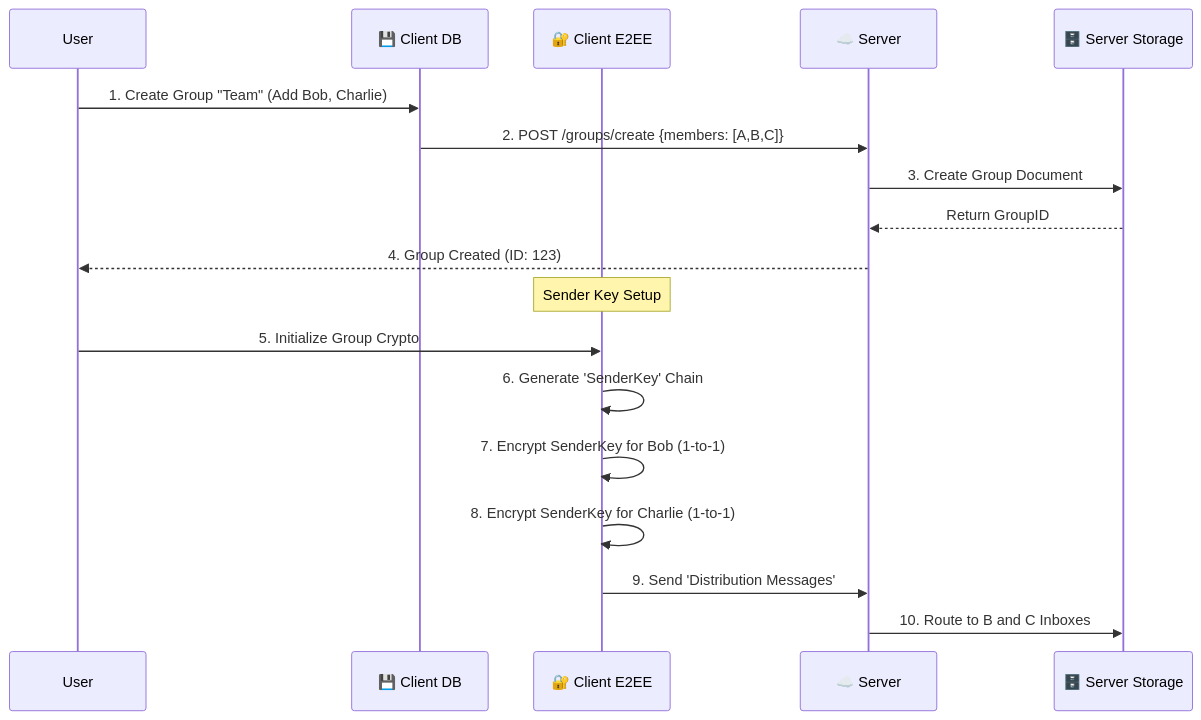
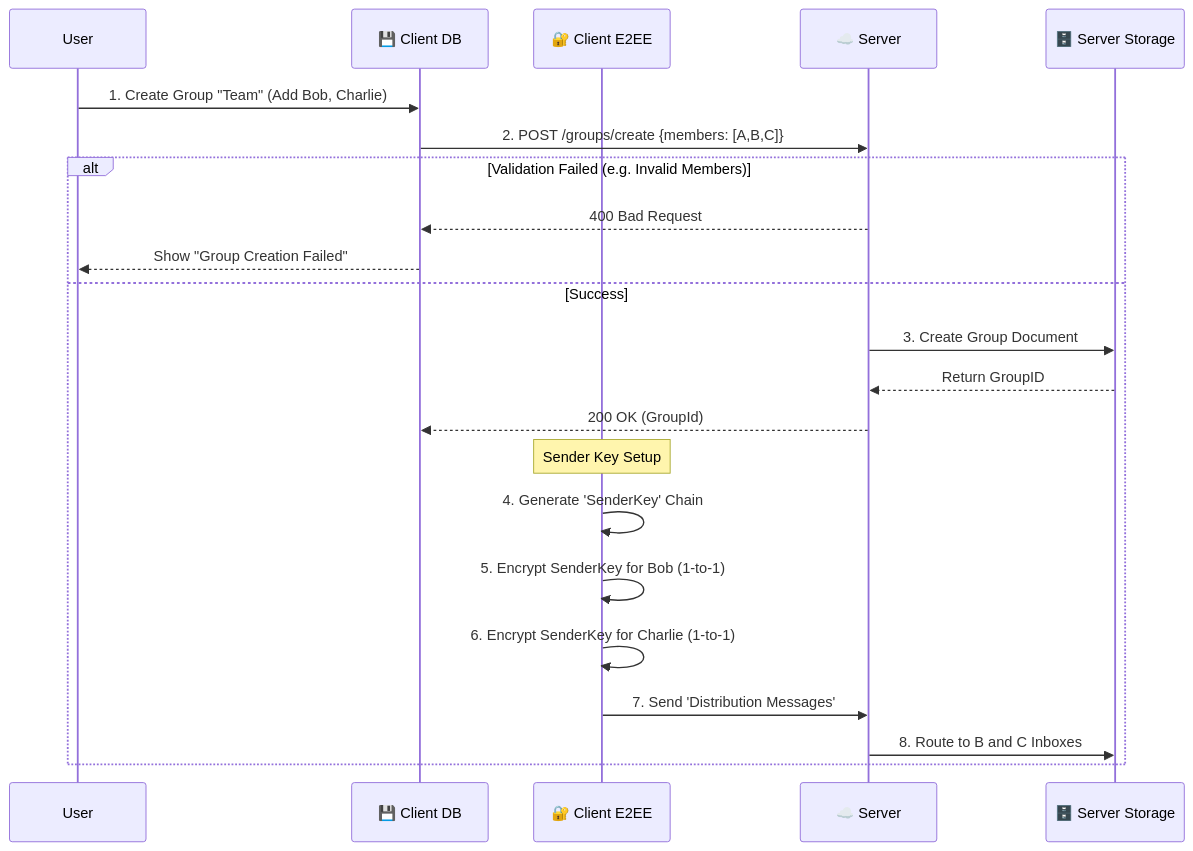
One commit to pingappduniya-oss/Ping-App-Complete-Use-Case-Flows-Technical-Deep-Dive- changed the ninth of 18 diagrams in CompleteUseCaseFlows.md. Above: the diagram before and after it, drawn with Mermaid. The commit also changed other lines of this file, not shown here.

````diff
--- a/CompleteUseCaseFlows.md
+++ b/CompleteUseCaseFlows.md
@@ -209,23 +250,28 @@
 ```mermaid
 sequenceDiagram
     participant User
     participant CDB as 💾 Client DB
     participant E2EE as 🔐 Client E2EE
     participant Server as ☁️ Server
     participant SS as 🗄️ Server Storage
 
     User->>CDB: 1. Create Group "Team" (Add Bob, Charlie)
     CDB->>Server: 2. POST /groups/create {members: [A,B,C]}
-    Server->>SS: 3. Create Group Document
-    SS-->>Server: Return GroupID
-    Server-->>User: 4. Group Created (ID: 123)
     
-    Note over E2EE: Sender Key Setup
-    User->>E2EE: 5. Initialize Group Crypto
-    E2EE->>E2EE: 6. Generate 'SenderKey' Chain
-    E2EE->>E2EE: 7. Encrypt SenderKey for Bob (1-to-1)
-    E2EE->>E2EE: 8. Encrypt SenderKey for Charlie (1-to-1)
-    
-    E2EE->>Server: 9. Send 'Distribution Messages'
-    Server->>SS: 10. Route to B and C Inboxes
+    alt Validation Failed (e.g. Invalid Members)
+        Server-->>CDB: 400 Bad Request
+        CDB-->>User: Show "Group Creation Failed"
+    else Success
+        Server->>SS: 3. Create Group Document
+        SS-->>Server: Return GroupID
+        Server-->>CDB: 200 OK (GroupId)
+        
+        Note over E2EE: Sender Key Setup
+        E2EE->>E2EE: 4. Generate 'SenderKey' Chain
+        E2EE->>E2EE: 5. Encrypt SenderKey for Bob (1-to-1)
+        E2EE->>E2EE: 6. Encrypt SenderKey for Charlie (1-to-1)
+        
+        E2EE->>Server: 7. Send 'Distribution Messages'
+        Server->>SS: 8. Route to B and C Inboxes
+    end
 ```
````
